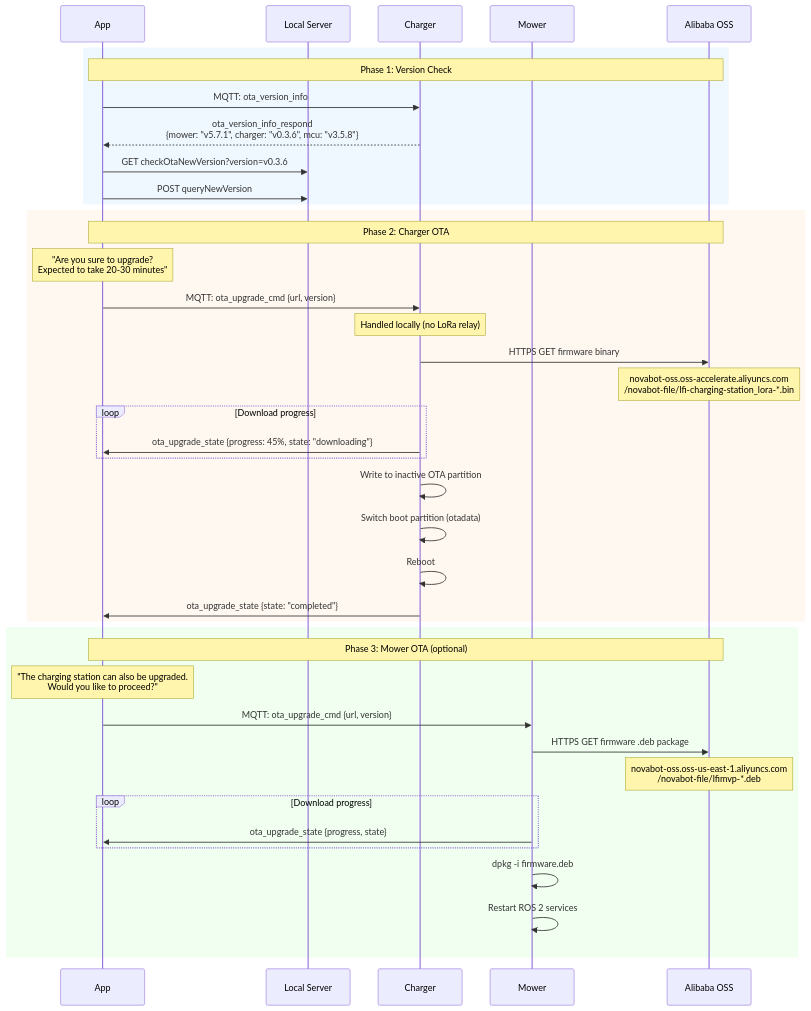
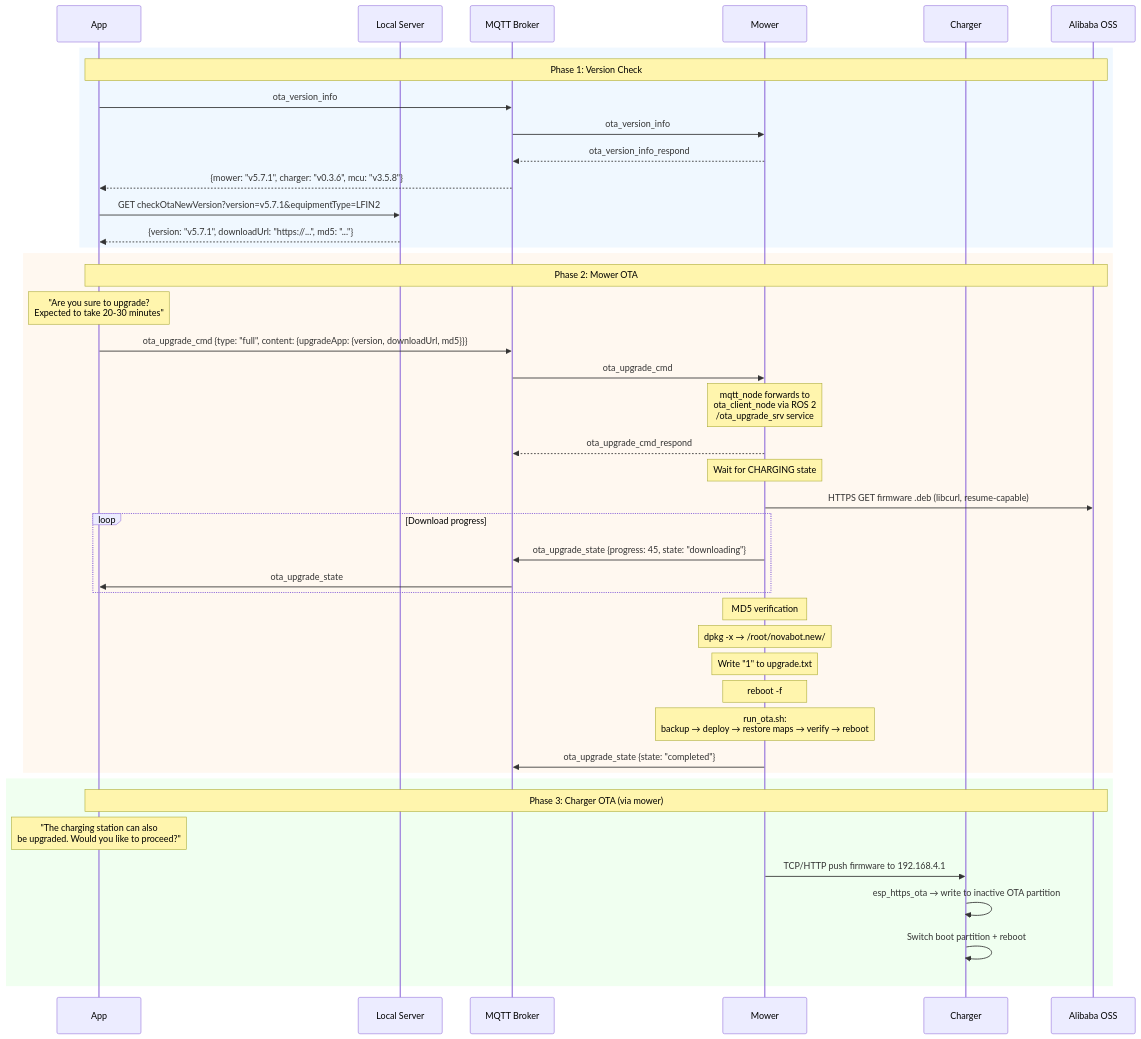
Before and after one commit to rvbcrs/Novabot: the first of 4 diagrams in docs/flows/ota-update.md, drawn with Mermaid. The commit also changed other lines of this file and 92 other files, not shown here.

````diff
--- a/docs/flows/ota-update.md
+++ b/docs/flows/ota-update.md
@@ -3,51 +9,58 @@
 ```mermaid
 sequenceDiagram
     participant App
     participant Server as Local Server
+    participant MQTT as MQTT Broker
+    participant Mower
     participant Charger
-    participant Mower
     participant Cloud as Alibaba OSS
 
     rect rgb(240, 248, 255)
         Note over App,Cloud: Phase 1: Version Check
-        App->>Charger: MQTT: ota_version_info
-        Charger-->>App: ota_version_info_respond<br/>{mower: "v5.7.1", charger: "v0.3.6", mcu: "v3.5.8"}
+        App->>MQTT: ota_version_info
+        MQTT->>Mower: ota_version_info
+        Mower-->>MQTT: ota_version_info_respond
+        MQTT-->>App: {mower: "v5.7.1", charger: "v0.3.6", mcu: "v3.5.8"}
 
-        App->>Server: GET checkOtaNewVersion?version=v0.3.6
-        App->>Server: POST queryNewVersion
+        App->>Server: GET checkOtaNewVersion?version=v5.7.1&equipmentType=LFIN2
+        Server-->>App: {version: "v5.7.1", downloadUrl: "https://...", md5: "..."}
     end
 
     rect rgb(255, 248, 240)
-        Note over App,Cloud: Phase 2: Charger OTA
+        Note over App,Cloud: Phase 2: Mower OTA
         Note over App: "Are you sure to upgrade?<br/>Expected to take 20-30 minutes"
-        App->>Charger: MQTT: ota_upgrade_cmd {url, version}
-        Note over Charger: Handled locally (no LoRa relay)
-        Charger->>Cloud: HTTPS GET firmware binary
-        Note over Cloud: novabot-oss.oss-accelerate.aliyuncs.com<br/>/novabot-file/lfi-charging-station_lora-*.bin
+
+        App->>MQTT: ota_upgrade_cmd {type: "full", content: {upgradeApp: {version, downloadUrl, md5}}}
+        MQTT->>Mower: ota_upgrade_cmd
+
+        Note over Mower: mqtt_node forwards to<br/>ota_client_node via ROS 2<br/>/ota_upgrade_srv service
+
+        Mower-->>MQTT: ota_upgrade_cmd_respond
+
+        Note over Mower: Wait for CHARGING state
+
+        Mower->>Cloud: HTTPS GET firmware .deb (libcurl, resume-capable)
 
         loop Download progress
-            Charger->>App: ota_upgrade_state {progress: 45%, state: "downloading"}
+            Mower->>MQTT: ota_upgrade_state {progress: 45, state: "downloading"}
+            MQTT->>App: ota_upgrade_state
         end
 
-        Charger->>Charger: Write to inactive OTA partition
-        Charger->>Charger: Switch boot partition (otadata)
-        Charger->>Charger: Reboot
+        Note over Mower: MD5 verification
+        Note over Mower: dpkg -x → /root/novabot.new/
+        Note over Mower: Write "1" to upgrade.txt
+        Note over Mower: reboot -f
 
-        Charger->>App: ota_upgrade_state {state: "completed"}
+        Note over Mower: run_ota.sh:<br/>backup → deploy → restore maps → verify → reboot
+        Mower->>MQTT: ota_upgrade_state {state: "completed"}
     end
 
     rect rgb(240, 255, 240)
-        Note over App,Cloud: Phase 3: Mower OTA (optional)
-        Note over App: "The charging station can also be upgraded.<br/>Would you like to proceed?"
-        App->>Mower: MQTT: ota_upgrade_cmd {url, version}
-        Mower->>Cloud: HTTPS GET firmware .deb package
-        Note over Cloud: novabot-oss.oss-us-east-1.aliyuncs.com<br/>/novabot-file/lfimvp-*.deb
+        Note over App,Cloud: Phase 3: Charger OTA (via mower)
+        Note over App: "The charging station can also<br/>be upgraded. Would you like to proceed?"
 
-        loop Download progress
-            Mower->>App: ota_upgrade_state {progress, state}
-        end
-
-        Mower->>Mower: dpkg -i firmware.deb
-        Mower->>Mower: Restart ROS 2 services
+        Mower->>Charger: TCP/HTTP push firmware to 192.168.4.1
+        Charger->>Charger: esp_https_ota → write to inactive OTA partition
+        Charger->>Charger: Switch boot partition + reboot
     end
 ```
````
